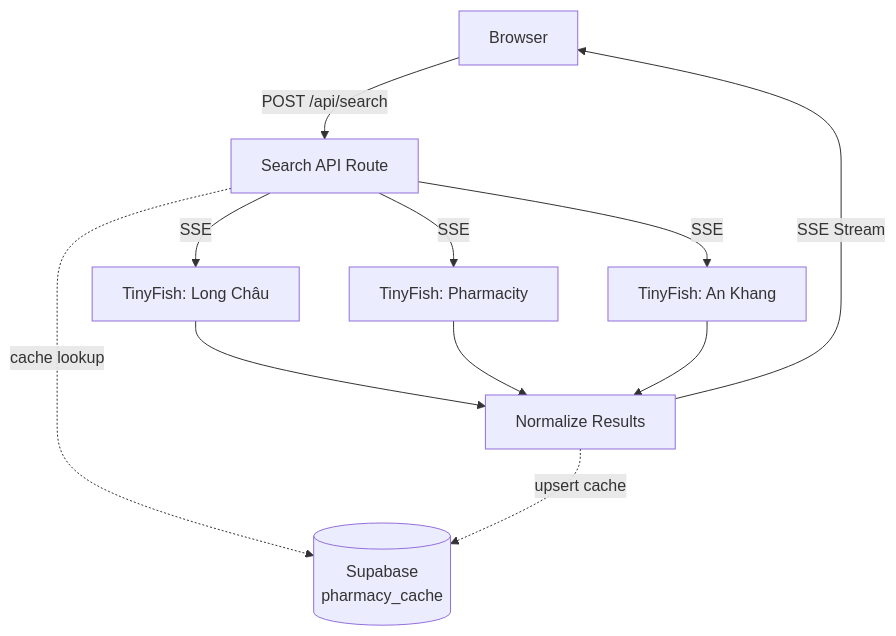
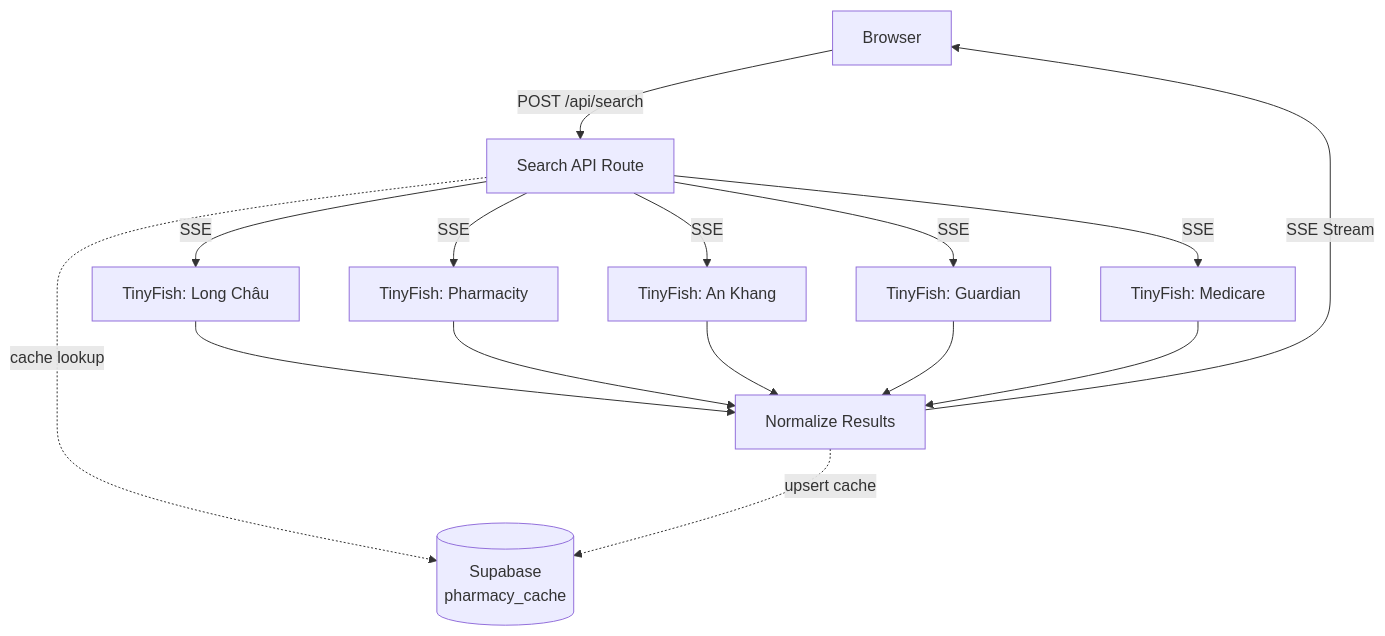
One commit to giaphutran12/tinyfish-cookbook2 changed the diagram in pharmacy-panic/README.md. Above: the diagram before and after it, drawn with Mermaid. The commit also changed other lines of this file, not shown here.

````diff
--- a/pharmacy-panic/README.md
+++ b/pharmacy-panic/README.md
@@ -126,13 +104,17 @@
 ```mermaid
 graph TD
   Browser -->|POST /api/search| API["Search API Route"]
   API -->|SSE| TF1["TinyFish: Long Châu"]
   API -->|SSE| TF2["TinyFish: Pharmacity"]
   API -->|SSE| TF3["TinyFish: An Khang"]
+  API -->|SSE| TF4["TinyFish: Guardian"]
+  API -->|SSE| TF5["TinyFish: Medicare"]
   API -.->|cache lookup| SB[("Supabase<br/>pharmacy_cache")]
   TF1 --> N["Normalize Results"]
   TF2 --> N
   TF3 --> N
+  TF4 --> N
+  TF5 --> N
   N -->|SSE Stream| Browser
   N -.->|upsert cache| SB
 ```
````
